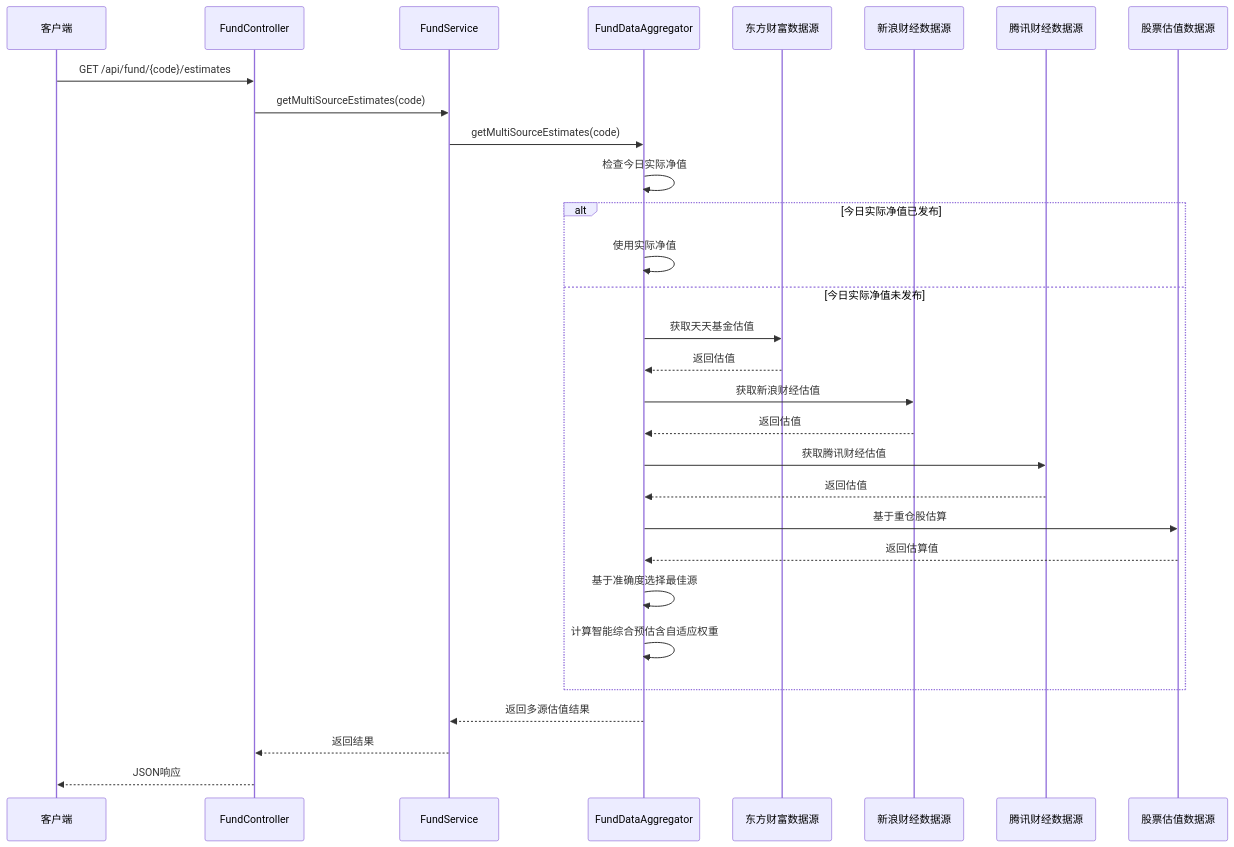
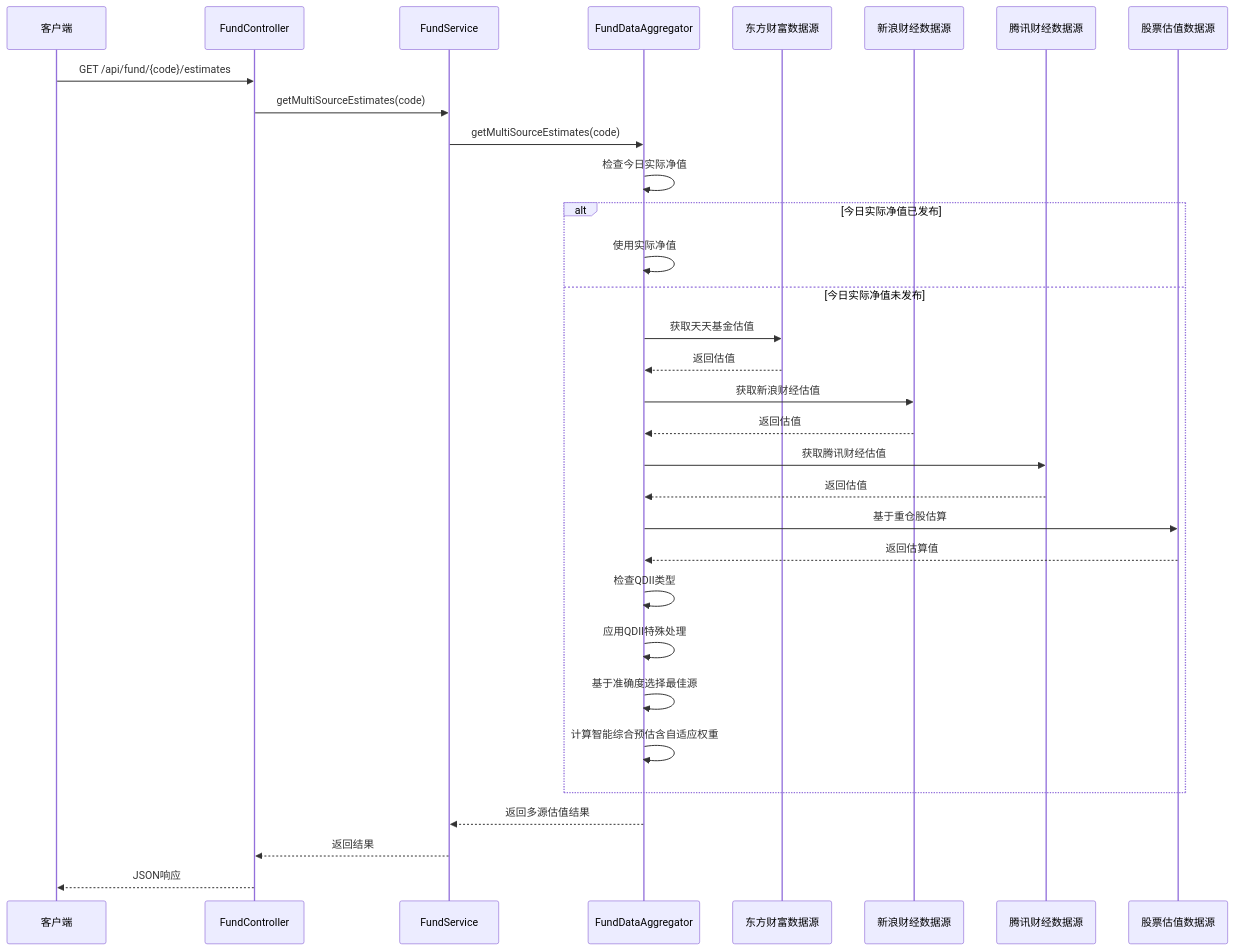
One commit to gree-coder/fund-butler changed diagram 17 of 25 in .qoder/repowiki/zh/content/核心功能开发/多源基金估值系统.md. Above: the diagram before and after it, drawn with Mermaid. The commit also changed other lines of this file and 15 other files, not shown here.

````diff
--- a/.qoder/repowiki/zh/content/核心功能开发/多源基金估值系统.md
+++ b/.qoder/repowiki/zh/content/核心功能开发/多源基金估值系统.md
@@ -706,32 +734,34 @@
 ```mermaid
 sequenceDiagram
 participant Client as 客户端
 participant Controller as FundController
 participant Service as FundService
 participant Aggregator as FundDataAggregator
 participant EM as 东方财富数据源
 participant Sina as 新浪财经数据源
 participant Tencent as 腾讯财经数据源
 participant Stock as 股票估值数据源
 Client->>Controller : GET /api/fund/{code}/estimates
 Controller->>Service : getMultiSourceEstimates(code)
 Service->>Aggregator : getMultiSourceEstimates(code)
 Aggregator->>Aggregator : 检查今日实际净值
 alt 今日实际净值已发布
 Aggregator->>Aggregator : 使用实际净值
 else 今日实际净值未发布
 Aggregator->>EM : 获取天天基金估值
 EM-->>Aggregator : 返回估值
 Aggregator->>Sina : 获取新浪财经估值
 Sina-->>Aggregator : 返回估值
 Aggregator->>Tencent : 获取腾讯财经估值
 Tencent-->>Aggregator : 返回估值
 Aggregator->>Stock : 基于重仓股估算
 Stock-->>Aggregator : 返回估算值
+Aggregator->>Aggregator : 检查QDII类型
+Aggregator->>Aggregator : 应用QDII特殊处理
 Aggregator->>Aggregator : 基于准确度选择最佳源
 Aggregator->>Aggregator : 计算智能综合预估含自适应权重
 end
 Aggregator-->>Service : 返回多源估值结果
 Service-->>Controller : 返回结果
 Controller-->>Client : JSON响应
 ```
````
